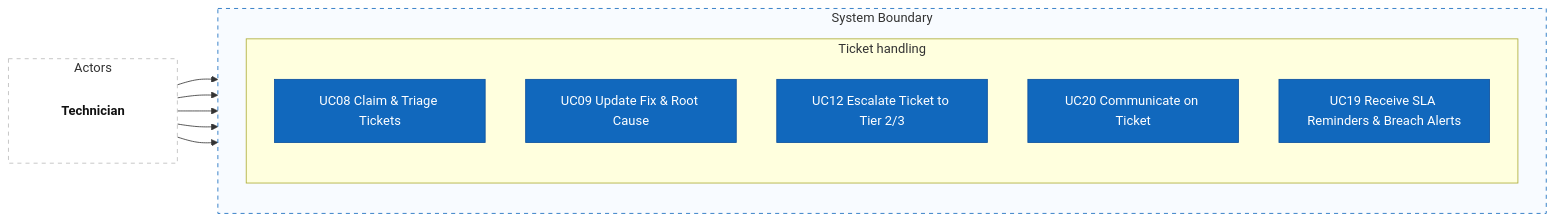
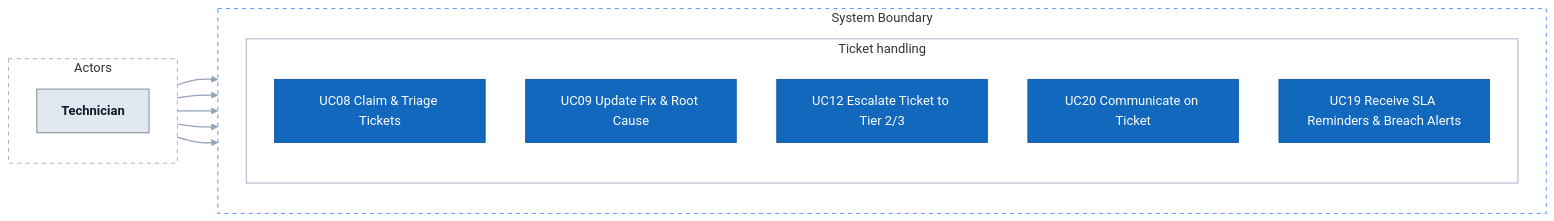
Before and after one commit to Akaza-ban/Fable: the third of 7 diagrams in README.md, drawn with Mermaid. The commit also changed other lines of this file, not shown here.

First line of the commit message:
docs(readme): make use case diagrams readable in dark mode

````diff
--- a/README.md
+++ b/README.md
@@ -146,28 +150,30 @@
 ```mermaid
 flowchart LR
     subgraph left["Actors"]
         direction TB
         tech["<b>Technician</b>"]
     end
 
     subgraph system["System Boundary"]
         direction TB
         subgraph handling["Ticket handling"]
             direction TB
             uc08["UC08 Claim & Triage Tickets"]
             uc09["UC09 Update Fix & Root Cause"]
             uc12["UC12 Escalate Ticket to Tier 2/3"]
             uc20["UC20 Communicate on Ticket"]
             uc19["UC19 Receive SLA Reminders & Breach Alerts"]
         end
     end
 
     tech --> uc08 & uc09 & uc12 & uc20 & uc19
 
-    classDef actor fill:none,stroke:none,color:#111
+    classDef actor fill:#e2e8f0,stroke:#64748b,color:#0f172a
     classDef usecase fill:#1168bd,color:#fff,stroke:#0b4f9e
     class tech actor
     class uc08,uc09,uc12,uc20,uc19 usecase
-    style left fill:#fff,stroke:#bbb,stroke-dasharray:5 5
-    style system fill:#f8fbff,stroke:#1168bd,stroke-dasharray:5 5
+    style left fill:transparent,stroke:#94a3b8,stroke-dasharray:5 5
+    style system fill:transparent,stroke:#3b82f6,stroke-dasharray:5 5
+    style handling fill:transparent,stroke:#94a3b8
+    linkStyle default stroke:#94a3b8,stroke-width:1.5px
 ```
````
